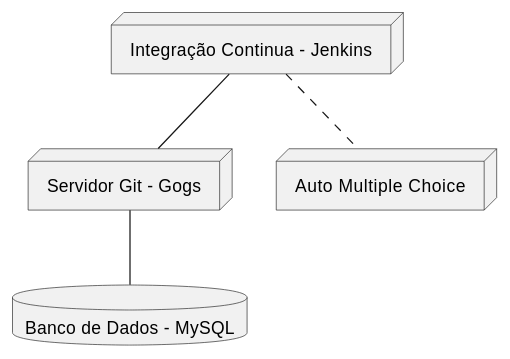
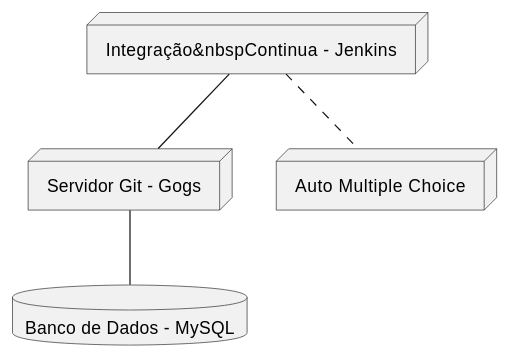
Before and after one commit to IFBAEunapolis/simulados: the diagram in INDEX.md, drawn with PlantUML.

```diff
--- a/INDEX.md
+++ b/INDEX.md
@@ -3,12 +3,12 @@
 {% plantuml %}
 @startuml
-node "Integração Continua - Jenkins" as jenkins
+node "Integração&nbspContinua - Jenkins" as jenkins
 node "Servidor Git - Gogs" as gogs
 database "Banco de Dados  - MySQL" as mysql
 node "Auto Multiple Choice" as amc
 jenkins -- gogs
 gogs -- mysql
 jenkins .. amc
 
 @enduml
 {% endplantuml %}
```
